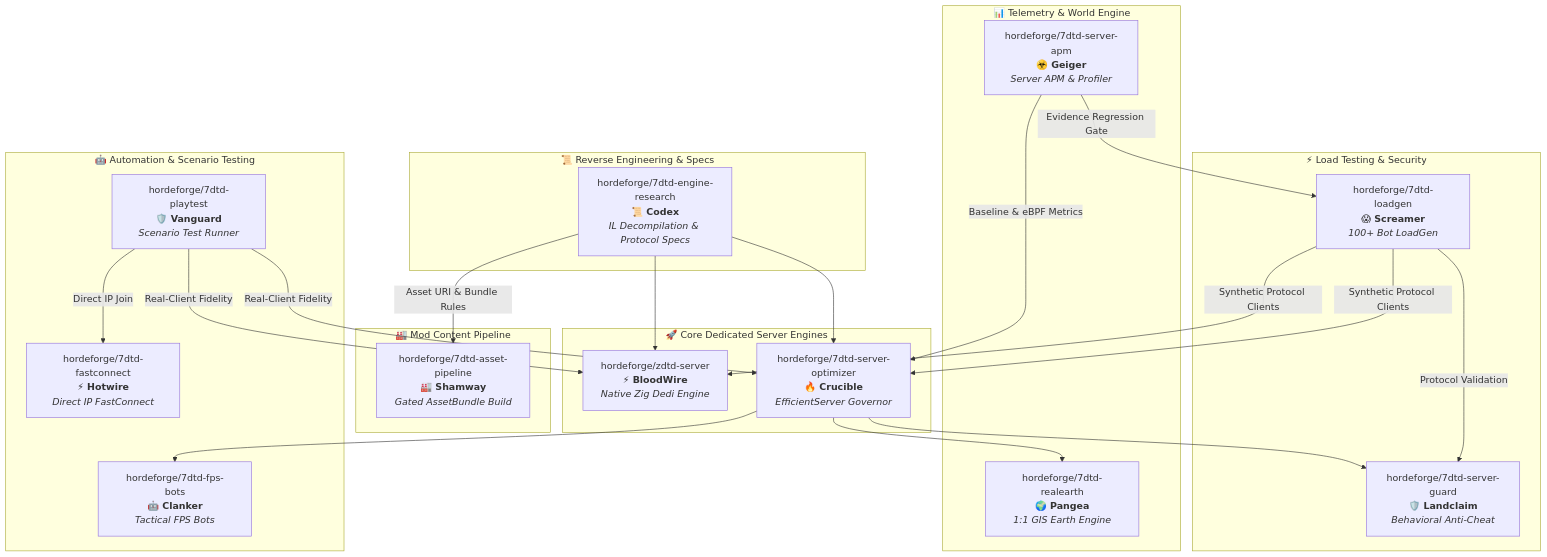
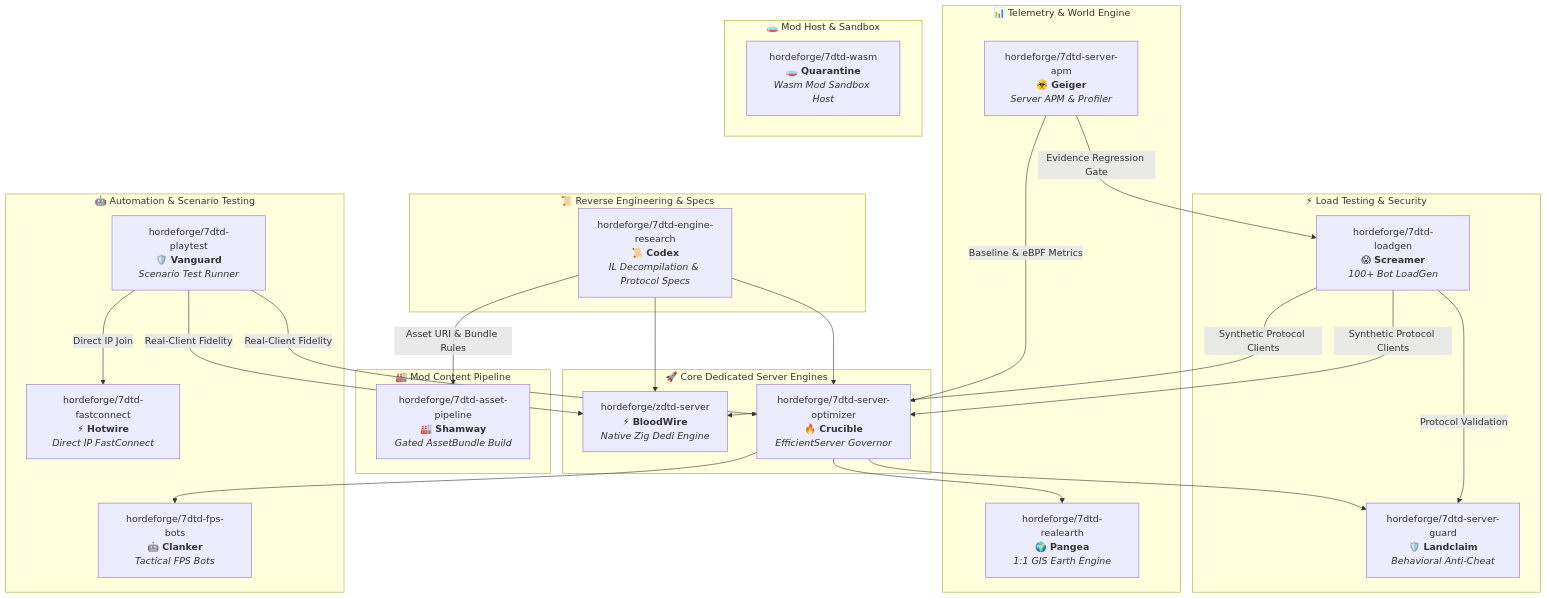
The diagram in profile/README.md (hordeforge/.github), drawn with Mermaid before and after one commit. The commit also changed other lines of this file, not shown here.

Commit message:
Add Quarantine (7dtd-wasm) to the ecosystem
The WebAssembly sandbox mod host joins the org suite: embeddable host
running untrusted wasm32-wasip1 mods under fuel, memory, and module
limits behind a documented ABI (zdtd-compatible plugin surface).

````diff
--- a/profile/README.md
+++ b/profile/README.md
@@ -58,50 +59,54 @@
 ```mermaid
 flowchart TD
     subgraph Research ["📜 Reverse Engineering & Specs"]
         RES["hordeforge/7dtd-engine-research<br><b>📜 Codex</b><br><i>IL Decompilation & Protocol Specs</i>"]
     end
 
     subgraph CoreRuntimes ["🚀 Core Dedicated Server Engines"]
         ZDTD["hordeforge/zdtd-server<br><b>⚡ BloodWire</b><br><i>Native Zig Dedi Engine</i>"]
         OPT["hordeforge/7dtd-server-optimizer<br><b>🔥 Crucible</b><br><i>EfficientServer Governor</i>"]
     end
 
     subgraph LoadAndGuard ["⚡ Load Testing & Security"]
         LOAD["hordeforge/7dtd-loadgen<br><b>😱 Screamer</b><br><i>100+ Bot LoadGen</i>"]
         GUARD["hordeforge/7dtd-server-guard<br><b>🛡️ Landclaim</b><br><i>Behavioral Anti-Cheat</i>"]
     end
 
     subgraph TelemetryAndWorld ["📊 Telemetry & World Engine"]
         APM["hordeforge/7dtd-server-apm<br><b>☣️ Geiger</b><br><i>Server APM & Profiler</i>"]
         REAL["hordeforge/7dtd-realearth<br><b>🌍 Pangea</b><br><i>1:1 GIS Earth Engine</i>"]
     end
 
     subgraph ContentPipeline ["🏭 Mod Content Pipeline"]
         SHAM["hordeforge/7dtd-asset-pipeline<br><b>🏭 Shamway</b><br><i>Gated AssetBundle Build</i>"]
+    end
+
+    subgraph ModHost ["🧫 Mod Host & Sandbox"]
+        QUAR["hordeforge/7dtd-wasm<br><b>🧫 Quarantine</b><br><i>Wasm Mod Sandbox Host</i>"]
     end
 
     subgraph BotAndAutomation ["🤖 Automation & Scenario Testing"]
         PLAY["hordeforge/7dtd-playtest<br><b>🛡️ Vanguard</b><br><i>Scenario Test Runner</i>"]
         BOT["hordeforge/7dtd-fps-bots<br><b>🤖 Clanker</b><br><i>Tactical FPS Bots</i>"]
         CONN["hordeforge/7dtd-fastconnect<br><b>⚡ Hotwire</b><br><i>Direct IP FastConnect</i>"]
     end
 
     RES --> ZDTD
     RES --> OPT
     RES -->|Asset URI & Bundle Rules| SHAM
 
     LOAD -->|Synthetic Protocol Clients| ZDTD
     LOAD -->|Synthetic Protocol Clients| OPT
     LOAD -->|Protocol Validation| GUARD
 
     APM -->|Baseline & eBPF Metrics| OPT
     APM -->|Evidence Regression Gate| LOAD
 
     PLAY -->|Real-Client Fidelity| ZDTD
     PLAY -->|Real-Client Fidelity| OPT
     PLAY -->|Direct IP Join| CONN
 
     OPT --> GUARD
     OPT --> REAL
     OPT --> BOT
 ```
````
